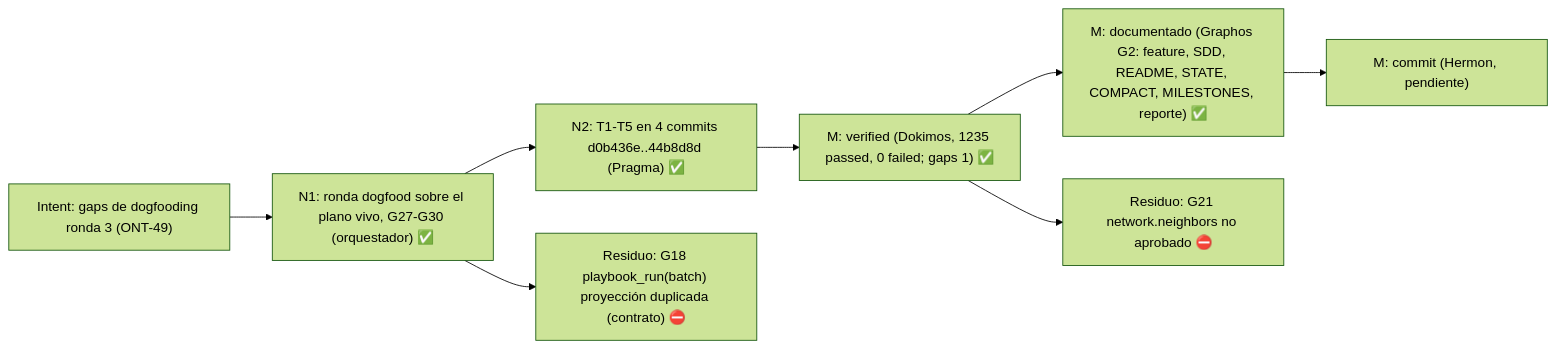
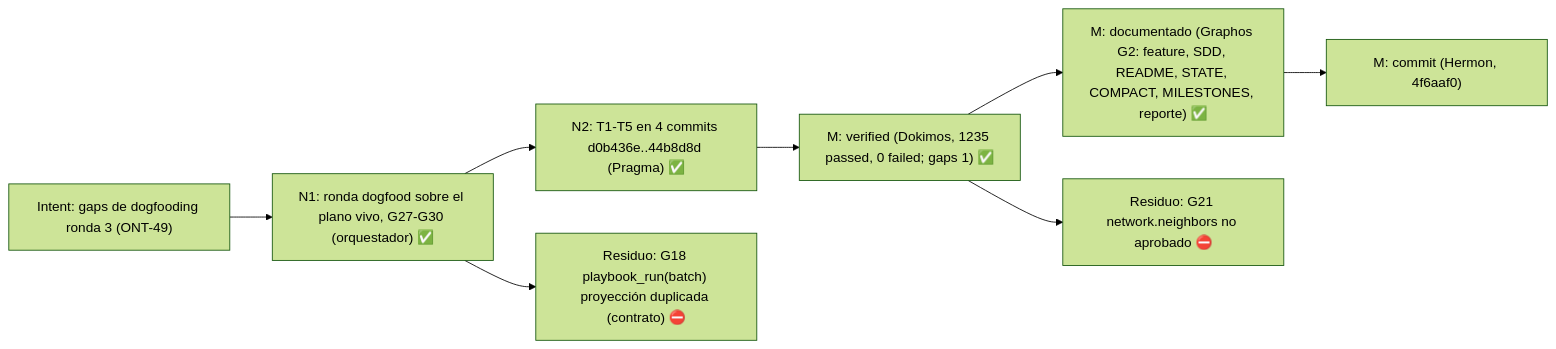
Diagram 12 of 13 in docs/MILESTONES.md (ancrz/agent-execution-plane), drawn with Mermaid (forest theme) before and after one commit. The commit also changed other lines of this file and 1 other file, not shown here.

````diff
--- a/docs/MILESTONES.md
+++ b/docs/MILESTONES.md
@@ -491,10 +491,10 @@
 ```mermaid
 flowchart LR
     I16["Intent: gaps de dogfooding ronda 3 (ONT-49)"] --> N1["N1: ronda dogfood sobre el plano vivo, G27-G30 (orquestador) ✅"]
     N1 --> N2["N2: T1-T5 en 4 commits d0b436e..44b8d8d (Pragma) ✅"]
     N2 --> V16["M: verified (Dokimos, 1235 passed, 0 failed; gaps 1) ✅"]
     V16 --> D16["M: documentado (Graphos G2: feature, SDD, README, STATE, COMPACT, MILESTONES, reporte) ✅"]
-    D16 --> H16["M: commit (Hermon, pendiente)"]
+    D16 --> H16["M: commit (Hermon, 4f6aaf0)"]
     N1 --> R16["Residuo: G18 playbook_run(batch) proyección duplicada (contrato) ⛔"]
     V16 --> R16b["Residuo: G21 network.neighbors no aprobado ⛔"]
 ```
````
